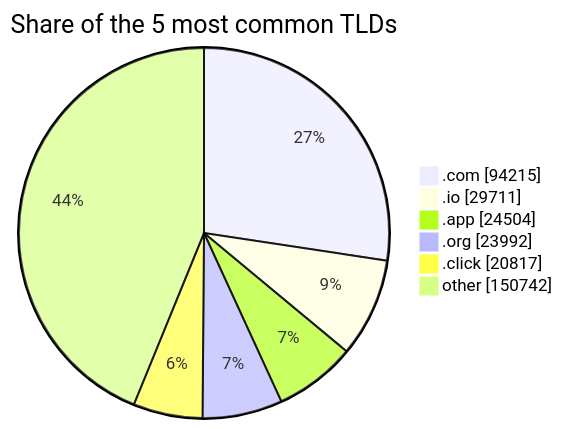
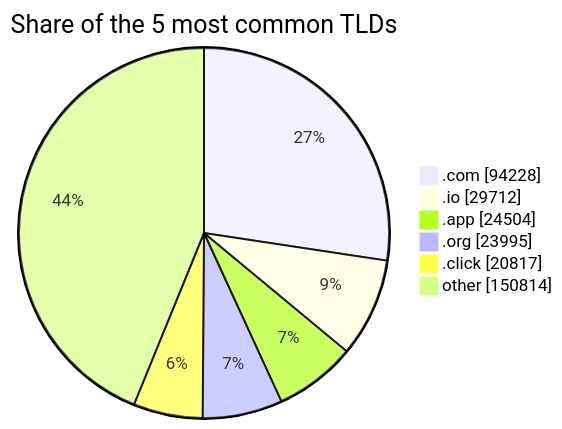
Before and after one commit to DNSBunker/CTI: the third of 3 diagrams in README.md, drawn with Mermaid. The commit also changed other lines of this file and 3 other files, not shown here.

````diff
--- a/README.md
+++ b/README.md
@@ -81,9 +81,9 @@
 ```mermaid
 pie showData title Share of the 5 most common TLDs
-    ".com" : 94215
-    ".io" : 29711
+    ".com" : 94228
+    ".io" : 29712
     ".app" : 24504
-    ".org" : 23992
+    ".org" : 23995
     ".click" : 20817
-    "other" : 150742
+    "other" : 150814
 ```
````
